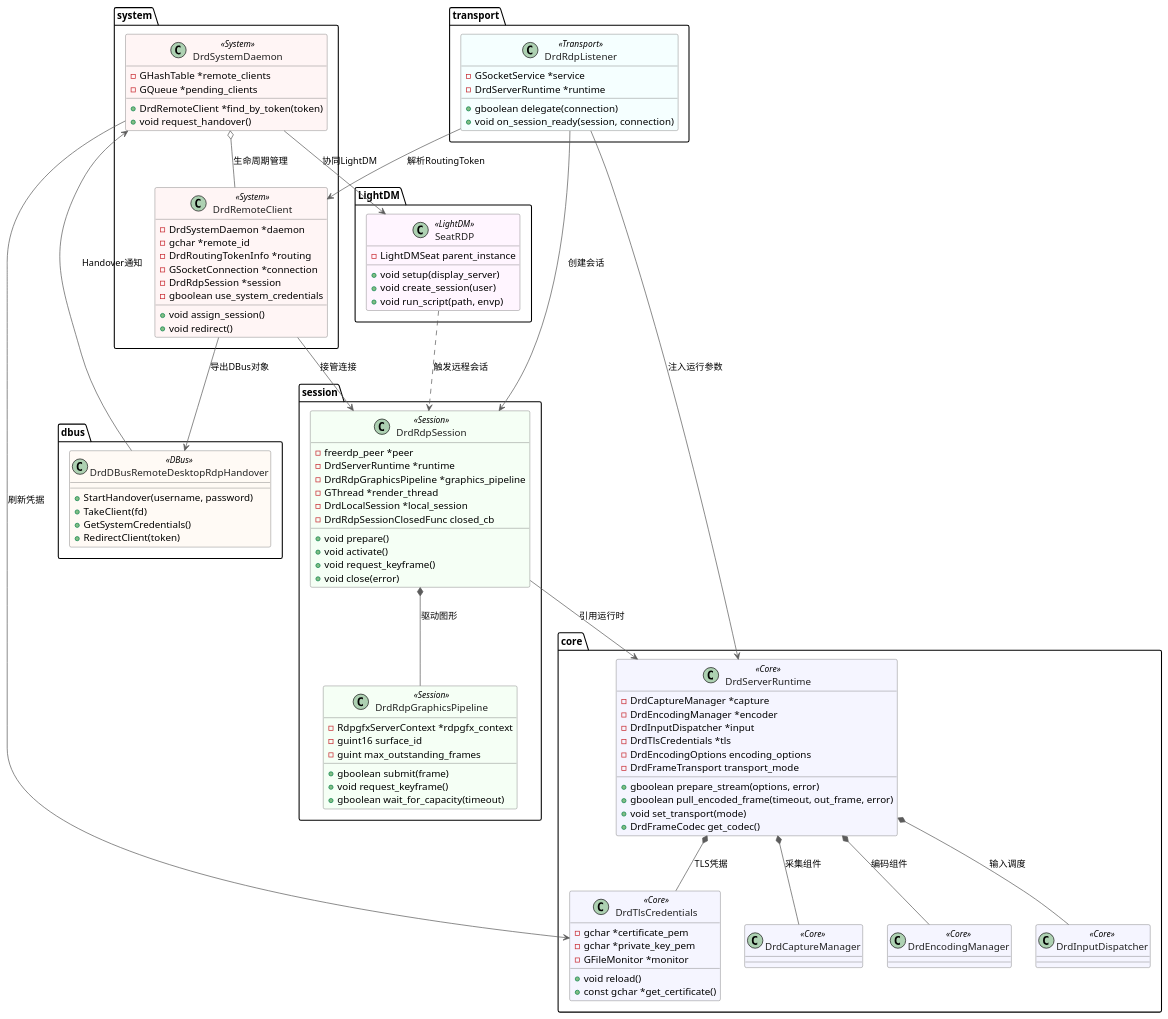
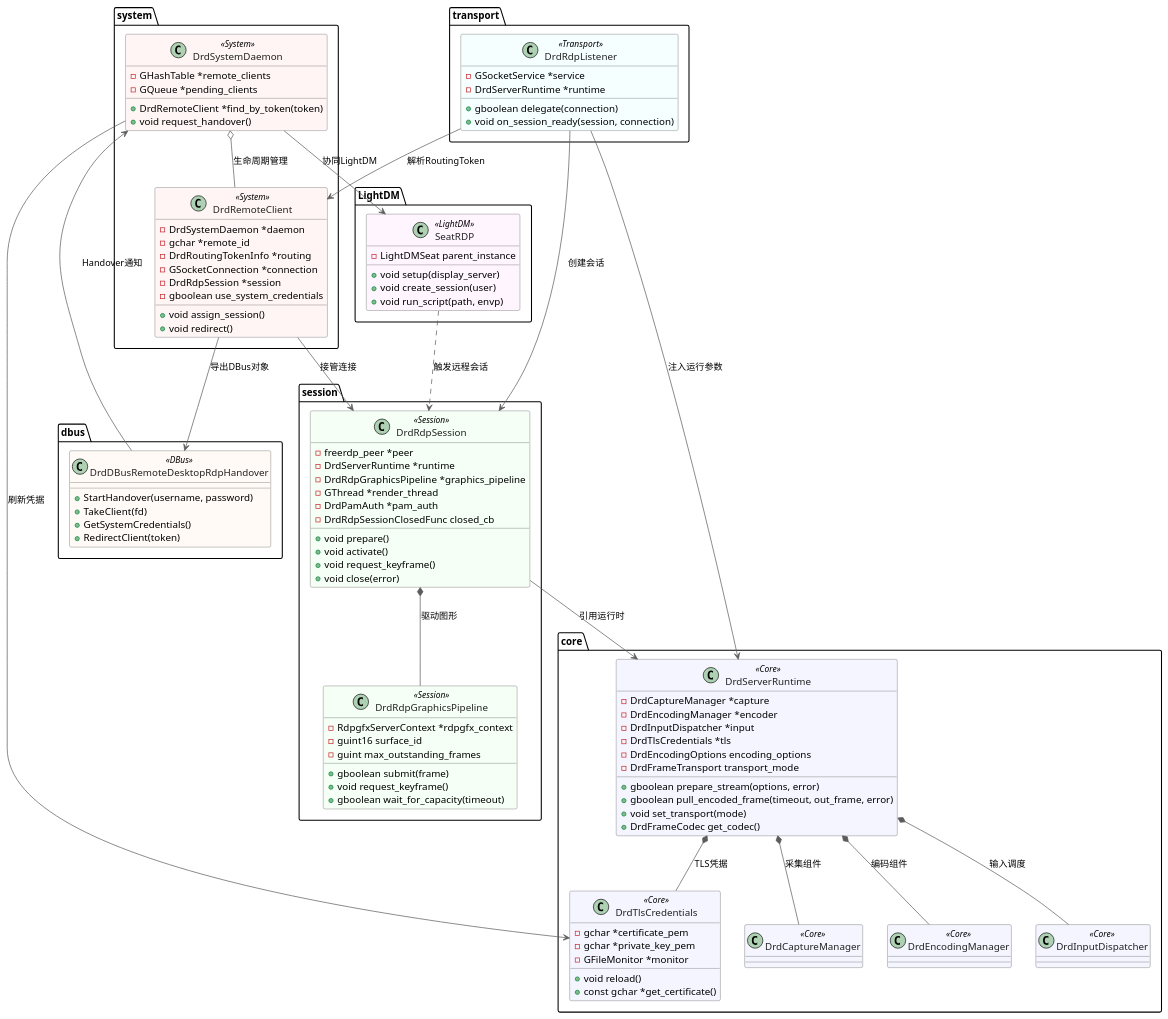
The diagram in doc/uml/key-data-structures.puml (KT-lcz/deepin-remote-desktop), drawn with PlantUML before and after one commit. The commit also changed 12 other files, not shown here.

Commit message:
drd_local_session 改名为 drd_pam_auth

```diff
--- a/doc/uml/key-data-structures.puml
+++ b/doc/uml/key-data-structures.puml
@@ -1,129 +1,129 @@
 @startuml KeyDataStructures
 skinparam backgroundColor #ffffff
 skinparam class {
   BackgroundColor<<Core>> #f5f5ff
   BackgroundColor<<Session>> #f5fff5
   BackgroundColor<<System>> #fff5f5
   BackgroundColor<<Transport>> #f5ffff
   BackgroundColor<<DBus>> #fffaf5
   BackgroundColor<<LightDM>> #fff5ff
   ArrowColor #5b5b5b
   BorderColor #5b5b5b
   FontColor #222222
 }
 
 package core {
   class DrdServerRuntime <<Core>> {
     -DrdCaptureManager *capture
     -DrdEncodingManager *encoder
     -DrdInputDispatcher *input
     -DrdTlsCredentials *tls
     -DrdEncodingOptions encoding_options
     -DrdFrameTransport transport_mode
     +gboolean prepare_stream(options, error)
     +gboolean pull_encoded_frame(timeout, out_frame, error)
     +void set_transport(mode)
     +DrdFrameCodec get_codec()
   }
 
   class DrdCaptureManager <<Core>>
   class DrdEncodingManager <<Core>>
   class DrdInputDispatcher <<Core>>
   class DrdTlsCredentials <<Core>> {
     -gchar *certificate_pem
     -gchar *private_key_pem
     -GFileMonitor *monitor
     +void reload()
     +const gchar *get_certificate()
   }
 }
 
 package session {
   class DrdRdpSession <<Session>> {
     -freerdp_peer *peer
     -DrdServerRuntime *runtime
     -DrdRdpGraphicsPipeline *graphics_pipeline
     -GThread *render_thread
-    -DrdLocalSession *local_session
+    -DrdPamAuth *pam_auth
     -DrdRdpSessionClosedFunc closed_cb
     +void prepare()
     +void activate()
     +void request_keyframe()
     +void close(error)
   }
 
   class DrdRdpGraphicsPipeline <<Session>> {
     -RdpgfxServerContext *rdpgfx_context
     -guint16 surface_id
     -guint max_outstanding_frames
     +gboolean submit(frame)
     +void request_keyframe()
     +gboolean wait_for_capacity(timeout)
   }
 }
 
 package system {
   class DrdRemoteClient <<System>> {
     -DrdSystemDaemon *daemon
     -gchar *remote_id
     -DrdRoutingTokenInfo *routing
     -GSocketConnection *connection
     -DrdRdpSession *session
     -gboolean use_system_credentials
     +void assign_session()
     +void redirect()
   }
 
   class DrdSystemDaemon <<System>> {
     -GHashTable *remote_clients
     -GQueue *pending_clients
     +DrdRemoteClient *find_by_token(token)
     +void request_handover()
   }
 }
 
 package transport {
   class DrdRdpListener <<Transport>> {
     -GSocketService *service
     -DrdServerRuntime *runtime
     +gboolean delegate(connection)
     +void on_session_ready(session, connection)
   }
 }
 
 package dbus {
   class DrdDBusRemoteDesktopRdpHandover <<DBus>> {
     +StartHandover(username, password)
     +TakeClient(fd)
     +GetSystemCredentials()
     +RedirectClient(token)
   }
 }
 
 package LightDM {
   class SeatRDP <<LightDM>> {
     -LightDMSeat parent_instance
     +void setup(display_server)
     +void create_session(user)
     +void run_script(path, envp)
   }
 }
 
 DrdServerRuntime *-- DrdCaptureManager : 采集组件
 DrdServerRuntime *-- DrdEncodingManager : 编码组件
 DrdServerRuntime *-- DrdInputDispatcher : 输入调度
 DrdServerRuntime *-- DrdTlsCredentials : TLS凭据
 DrdRdpSession --> DrdServerRuntime : 引用运行时
 DrdRdpSession *-- DrdRdpGraphicsPipeline : 驱动图形
 DrdRdpListener --> DrdRdpSession : 创建会话
 DrdRdpListener --> DrdRemoteClient : 解析RoutingToken
 DrdRdpListener --> DrdServerRuntime : 注入运行参数
 DrdRemoteClient --> DrdRdpSession : 接管连接
 DrdSystemDaemon o-- DrdRemoteClient : 生命周期管理
 DrdSystemDaemon --> SeatRDP : 协同LightDM
 DrdSystemDaemon --> DrdTlsCredentials : 刷新凭据
 DrdRemoteClient --> DrdDBusRemoteDesktopRdpHandover : 导出DBus对象
 DrdDBusRemoteDesktopRdpHandover --> DrdSystemDaemon : Handover通知
 SeatRDP ..> DrdRdpSession : 触发远程会话
 
 @enduml
```
